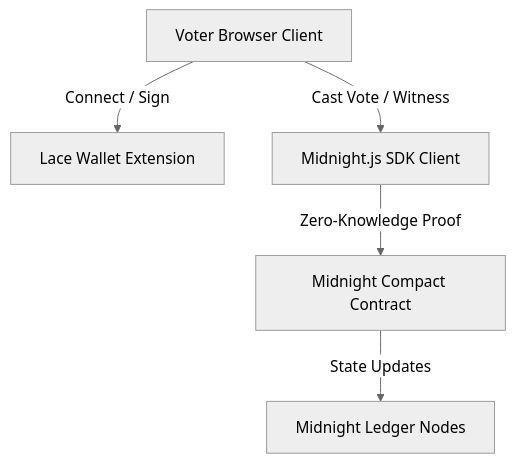
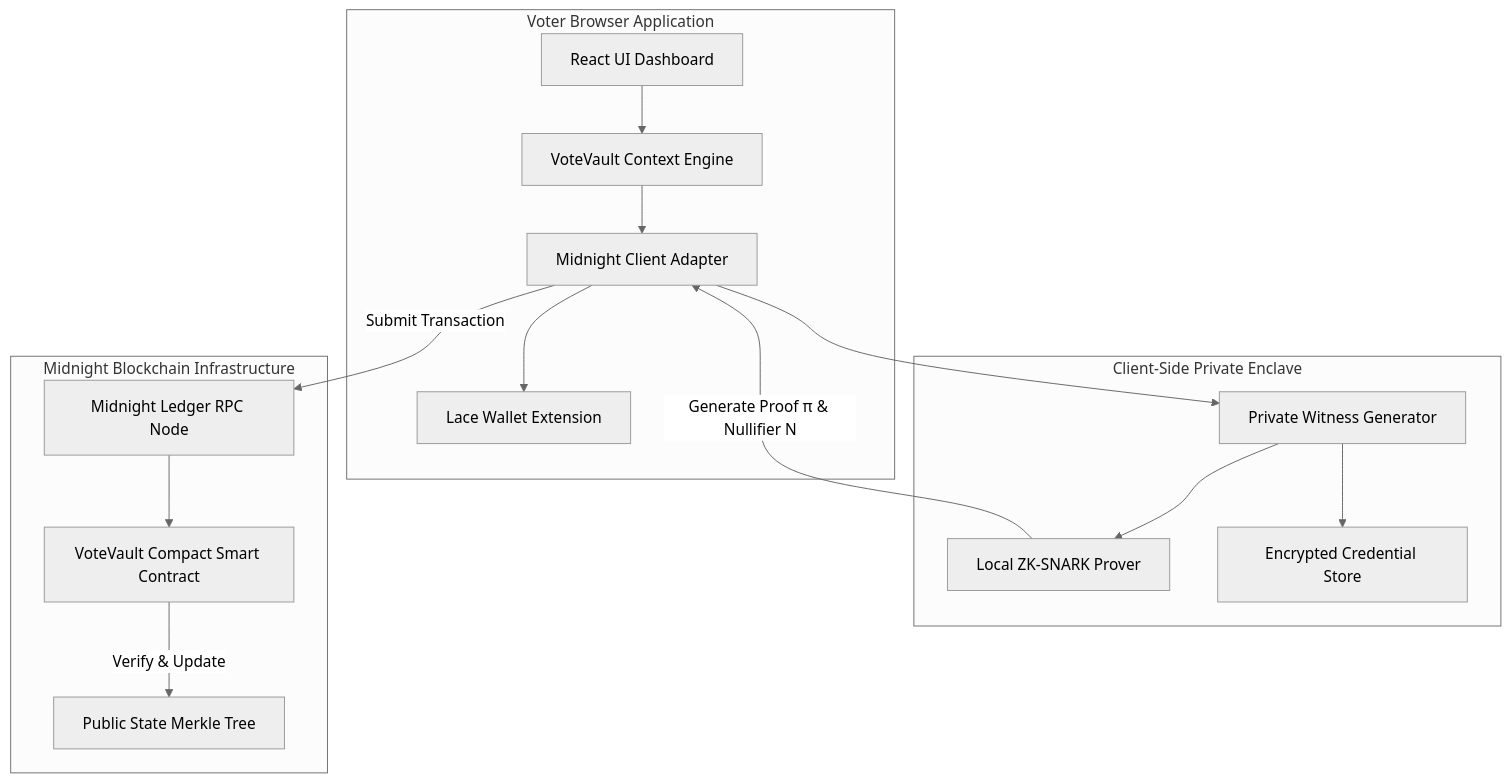
Before and after one commit to Aryaaa-21/VoteVault: the first of 6 diagrams in docs/architecture.md, drawn with Mermaid (neutral theme). The commit also changed other lines of this file and 13 other files, not shown here.

````diff
--- a/docs/architecture.md
+++ b/docs/architecture.md
@@ -9,7 +9,32 @@
 ```mermaid
 graph TD
-    A[Voter Browser Client] -->|Connect / Sign| B[Lace Wallet Extension]
-    A -->|Cast Vote / Witness| C[Midnight.js SDK Client]
-    C -->|Zero-Knowledge Proof| D[Midnight Compact Contract]
-    D -->|State Updates| E[Midnight Ledger Nodes]
+    subgraph Client Layer [Voter Browser Application]
+        UI[React UI Dashboard]
+        Context[VoteVault Context Engine]
+        SDK[Midnight Client Adapter]
+        Lace[Lace Wallet Extension]
+    end
+
+    subgraph Enclave Layer [Client-Side Private Enclave]
+        WitnessGen[Private Witness Generator]
+        ZKProver[Local ZK-SNARK Prover]
+        SecretStore[Encrypted Credential Store]
+    end
+
+    subgraph Blockchain Layer [Midnight Blockchain Infrastructure]
+        Node[Midnight Ledger RPC Node]
+        CompactContract[VoteVault Compact Smart Contract]
+        LedgerState[Public State Merkle Tree]
+    end
+
+    UI --> Context
+    Context --> SDK
+    SDK --> Lace
+    SDK --> WitnessGen
+    WitnessGen --> SecretStore
+    WitnessGen --> ZKProver
+    ZKProver -->|Generate Proof π & Nullifier N| SDK
+    SDK -->|Submit Transaction| Node
+    Node --> CompactContract
+    CompactContract -->|Verify & Update| LedgerState
 ```
````
